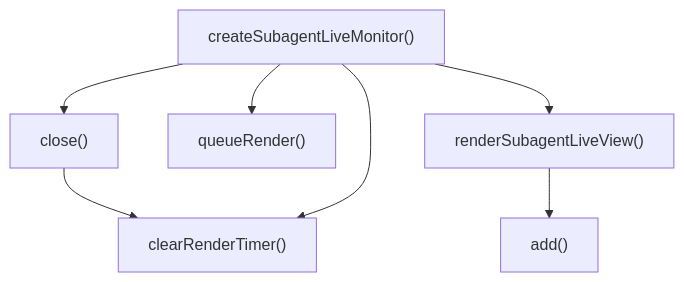
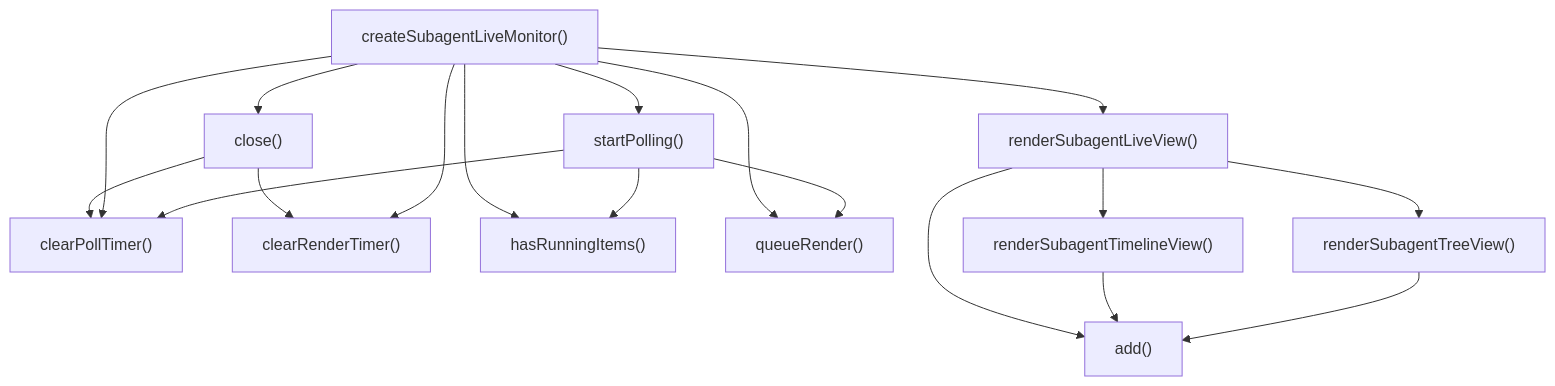
The third of 4 diagrams in ABDD/.pi/extensions/subagents/live-monitor.md (Mekann2904/mekann), drawn with Mermaid before and after one commit. The commit also changed other lines of this file and 205 other files, not shown here.

````diff
--- a/ABDD/.pi/extensions/subagents/live-monitor.md
+++ b/ABDD/.pi/extensions/subagents/live-monitor.md
@@ -59,15 +72,31 @@
 ```mermaid
 flowchart TD
   add["add()"]
+  clearPollTimer["clearPollTimer()"]
   clearRenderTimer["clearRenderTimer()"]
   close["close()"]
   createSubagentLiveMonitor["createSubagentLiveMonitor()"]
+  hasRunningItems["hasRunningItems()"]
   queueRender["queueRender()"]
   renderSubagentLiveView["renderSubagentLiveView()"]
+  renderSubagentTimelineView["renderSubagentTimelineView()"]
+  renderSubagentTreeView["renderSubagentTreeView()"]
+  startPolling["startPolling()"]
+  close --> clearPollTimer
   close --> clearRenderTimer
+  createSubagentLiveMonitor --> clearPollTimer
   createSubagentLiveMonitor --> clearRenderTimer
   createSubagentLiveMonitor --> close
+  createSubagentLiveMonitor --> hasRunningItems
   createSubagentLiveMonitor --> queueRender
   createSubagentLiveMonitor --> renderSubagentLiveView
+  createSubagentLiveMonitor --> startPolling
   renderSubagentLiveView --> add
+  renderSubagentLiveView --> renderSubagentTimelineView
+  renderSubagentLiveView --> renderSubagentTreeView
+  renderSubagentTimelineView --> add
+  renderSubagentTreeView --> add
+  startPolling --> clearPollTimer
+  startPolling --> hasRunningItems
+  startPolling --> queueRender
 ```
````
